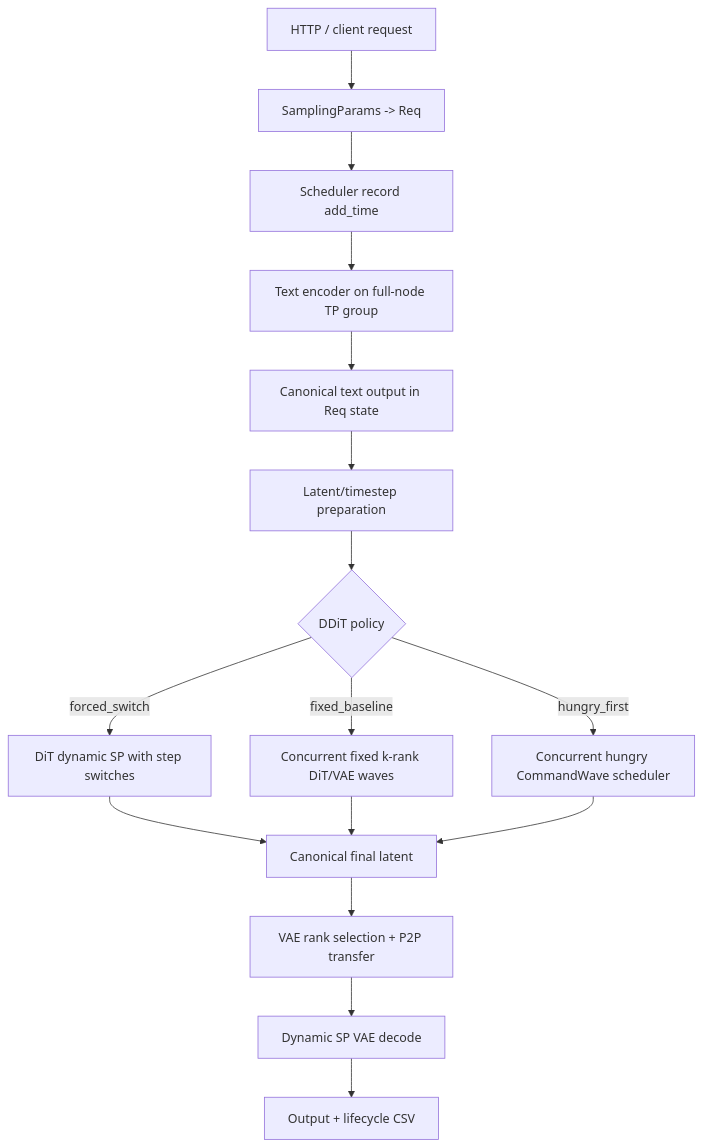
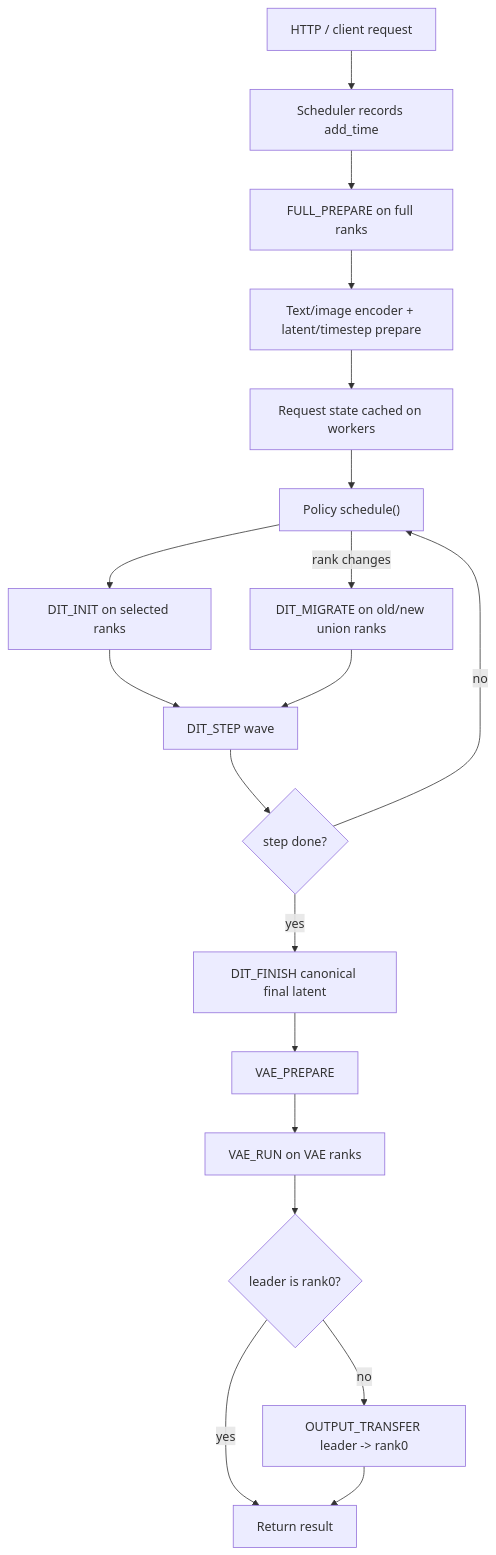
Before and after one commit to FredHuang99/sglang: the first of 3 diagrams in docs/ddit/sglang_ddit_cookbook.md, drawn with Mermaid. The commit also changed other lines of this file and 7 other files, not shown here.

````diff
--- a/docs/ddit/sglang_ddit_cookbook.md
+++ b/docs/ddit/sglang_ddit_cookbook.md
@@ -7,18 +7,21 @@
 ```mermaid
 flowchart TD
-  A["HTTP / client request"] --> B["SamplingParams -> Req"]
-  B --> C["Scheduler record add_time"]
-  C --> D["Text encoder on full-node TP group"]
-  D --> E["Canonical text output in Req state"]
-  E --> F["Latent/timestep preparation"]
-  F --> G{"DDiT policy"}
-  G -->|forced_switch| H["DiT dynamic SP with step switches"]
-  G -->|fixed_baseline| I["Concurrent fixed k-rank DiT/VAE waves"]
-  G -->|hungry_first| N["Concurrent hungry CommandWave scheduler"]
-  H --> J["Canonical final latent"]
-  I --> J
-  N --> J
-  J --> K["VAE rank selection + P2P transfer"]
-  K --> L["Dynamic SP VAE decode"]
-  L --> M["Output + lifecycle CSV"]
+  A["HTTP / client request"] --> B["Scheduler records add_time"]
+  B --> C["FULL_PREPARE on full ranks"]
+  C --> D["Text/image encoder + latent/timestep prepare"]
+  D --> E["Request state cached on workers"]
+  E --> F["Policy schedule()"]
+  F --> G["DIT_INIT on selected ranks"]
+  G --> H["DIT_STEP wave"]
+  H --> I{"step done?"}
+  I -->|no| F
+  F -->|rank changes| J["DIT_MIGRATE on old/new union ranks"]
+  J --> H
+  I -->|yes| K["DIT_FINISH canonical final latent"]
+  K --> L["VAE_PREPARE"]
+  L --> M["VAE_RUN on VAE ranks"]
+  M --> N{"leader is rank0?"}
+  N -->|yes| O["Return result"]
+  N -->|no| P["OUTPUT_TRANSFER leader -> rank0"]
+  P --> O
 ```
````
